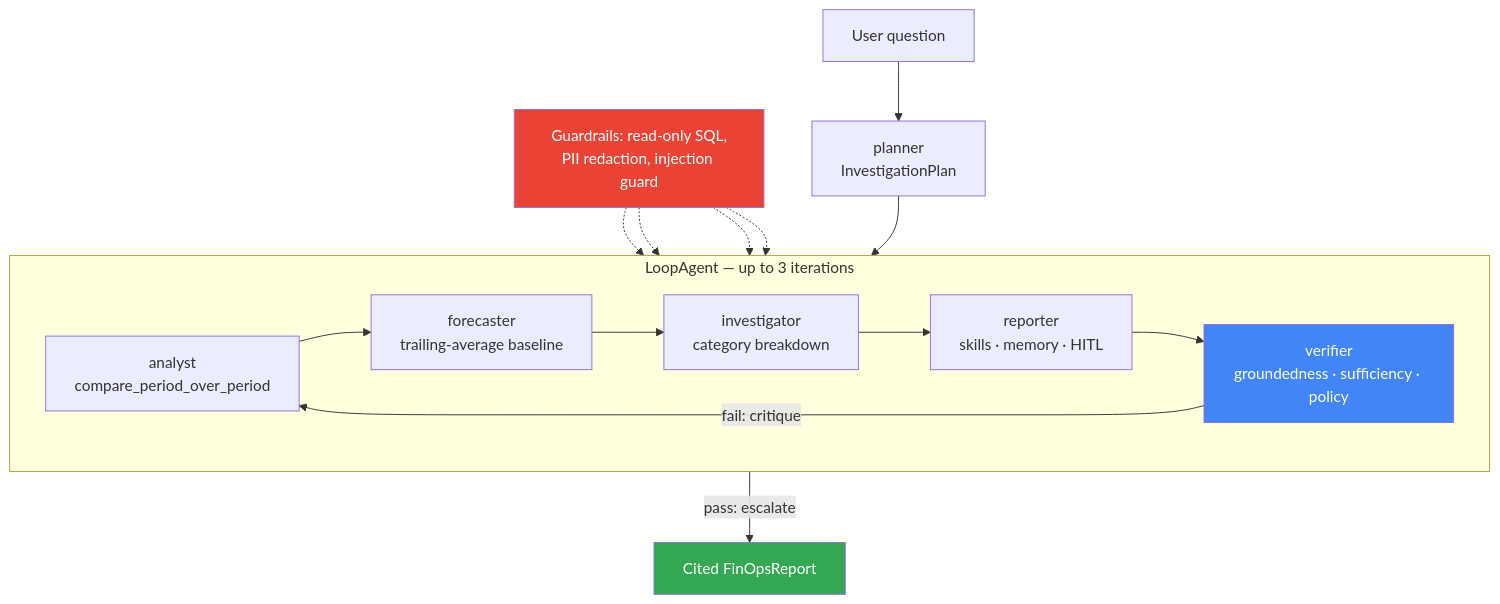
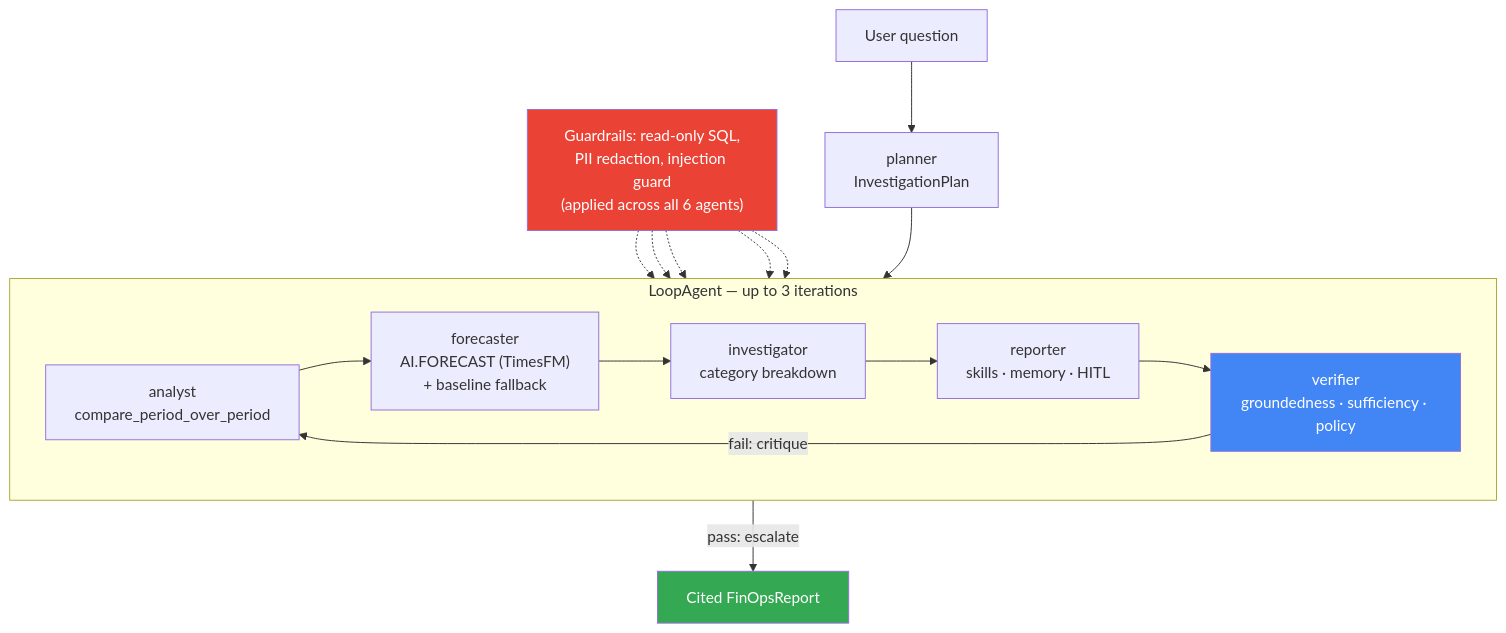
The first of 3 diagrams in README.md (Aadarsh-Praveen/FinSight), drawn with Mermaid before and after one commit. The commit also changed other lines of this file, not shown here.

Commit message:
fix: update stale Mermaid diagram labels missed during the TimesFM merge
The architecture flowchart and sequence diagram still said "trailing-average
baseline" for the forecaster -- the prose bullet right below the diagram was
updated during the TimesFM merge, but the diagram's own embedded labels were
missed. Also broadened the guardrails node's fan-out to include reporter
(it gets PII/injection checks too via DEFAULT_AFTER_TOOL_CALLBACKS, same as
every other agent) and clarified in the label that read-only-SQL/PII/
injection guardrails apply across all agents, not one-to-one.

Found while checking user-provided PNG renders of these diagrams against
the actual codebase for accuracy before embedding them in the README.

````diff
--- a/README.md
+++ b/README.md
@@ -52,25 +52,26 @@
 ```mermaid
 flowchart TD
     U["User question"] --> P["planner<br/>InvestigationPlan"]
     P --> L
 
     subgraph L["LoopAgent — up to 3 iterations"]
         direction LR
-        A["analyst<br/>compare_period_over_period"] --> F["forecaster<br/>trailing-average baseline"]
+        A["analyst<br/>compare_period_over_period"] --> F["forecaster<br/>AI.FORECAST (TimesFM)<br/>+ baseline fallback"]
         F --> I["investigator<br/>category breakdown"]
         I --> R["reporter<br/>skills · memory · HITL"]
         R --> V["verifier<br/>groundedness · sufficiency · policy"]
     end
 
     V -- "fail: critique" --> A
     V -- "pass: escalate" --> OUT["Cited FinOpsReport"]
 
-    G["Guardrails: read-only SQL,<br/>PII redaction, injection guard"] -.-> A
+    G["Guardrails: read-only SQL,<br/>PII redaction, injection guard<br/>(applied across all 6 agents)"] -.-> A
     G -.-> F
     G -.-> I
+    G -.-> R
     G -.-> V
 
     style OUT fill:#34A853,color:#fff
     style V fill:#4285F4,color:#fff
     style G fill:#EA4335,color:#fff
 ```
````
